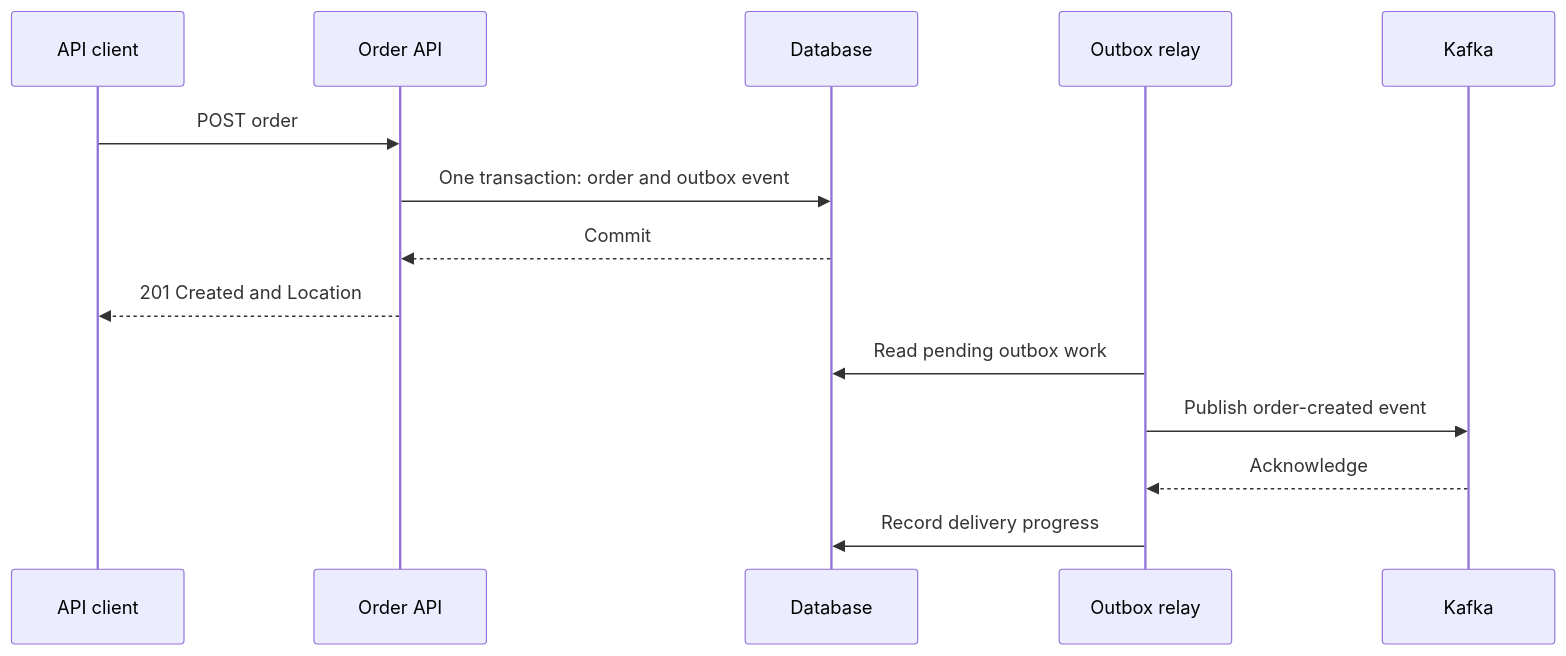
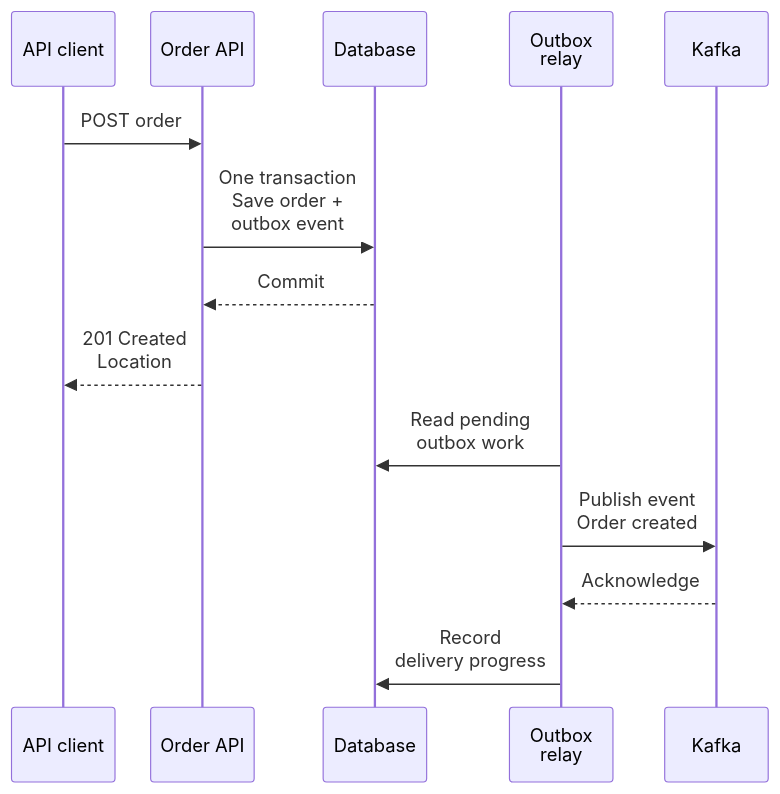
The diagram in rest-apis/labs/enterprise-extensions.md (alikhawaja/training-plans), drawn with Mermaid before and after one commit. The commit also changed 1 other file, not shown here.

Commit message:
Improve REST workshop diagram readability

````diff
--- a/rest-apis/labs/enterprise-extensions.md
+++ b/rest-apis/labs/enterprise-extensions.md
@@ -79,16 +79,17 @@
 ```mermaid
+%%{init: {"sequence": {"wrap": true, "width": 90, "actorMargin": 10}}}%%
 sequenceDiagram
     participant C as API client
     participant A as Order API
     participant D as Database
-    participant R as Outbox relay
+    participant R as Outbox<br/>relay
     participant K as Kafka
     C->>A: POST order
-    A->>D: One transaction: order and outbox event
+    A->>D: One transaction<br/>Save order +<br/>outbox event
     D-->>A: Commit
-    A-->>C: 201 Created and Location
-    R->>D: Read pending outbox work
-    R->>K: Publish order-created event
+    A-->>C: 201 Created<br/>Location
+    R->>D: Read pending<br/>outbox work
+    R->>K: Publish event<br/>Order created
     K-->>R: Acknowledge
-    R->>D: Record delivery progress
+    R->>D: Record<br/>delivery progress
 ```
````
